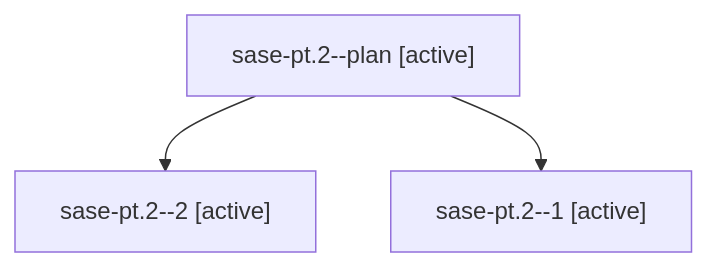
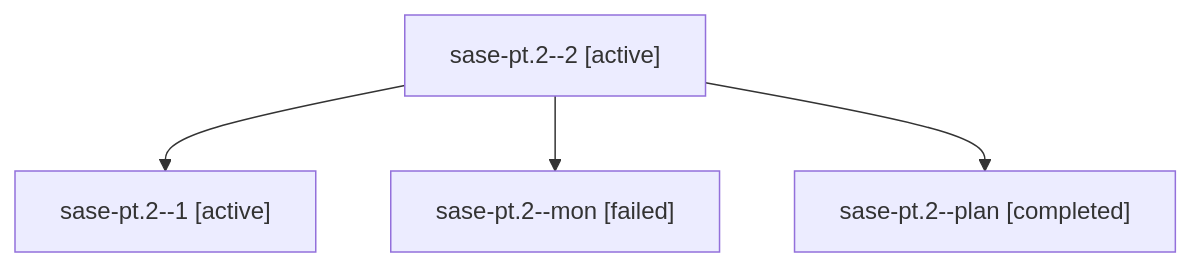
The diagram in families/bbugyi200.athena.sase-pt.2.md (sase-org/sase--agents), drawn with Mermaid before and after one commit. The commit also changed other lines of this file and 48 other files, not shown here.

````diff
--- a/families/bbugyi200.athena.sase-pt.2.md
+++ b/families/bbugyi200.athena.sase-pt.2.md
@@ -9,8 +9,10 @@
 ```mermaid
 flowchart TD
-  n0["sase-pt.2--plan [active]"]
-  n1["sase-pt.2--2 [active]"]
+  n0["sase-pt.2--2 [active]"]
+  n1["sase-pt.2--1 [active]"]
   n0 --> n1
-  n2["sase-pt.2--1 [active]"]
+  n2["sase-pt.2--mon [failed]"]
   n0 --> n2
+  n3["sase-pt.2--plan [completed]"]
+  n0 --> n3
 ```
````
